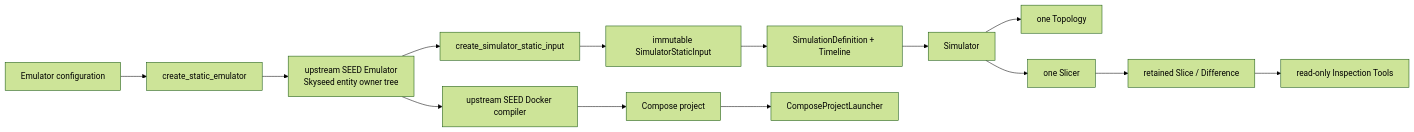
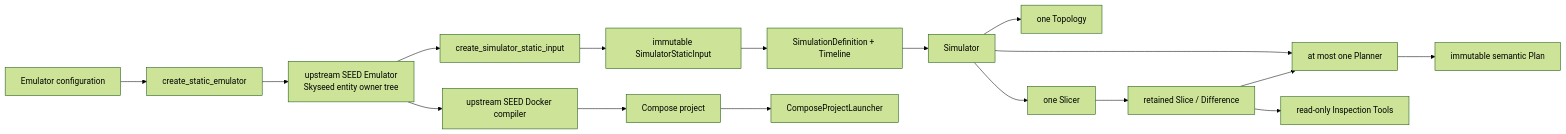
Before and after one commit to seed-labs/skyseed: the diagram in skyseed_v2/docs/human-readable/system-overview.md, drawn with Mermaid (forest theme). The commit also changed 64 other files, not shown here.

````diff
--- a/skyseed_v2/docs/human-readable/system-overview.md
+++ b/skyseed_v2/docs/human-readable/system-overview.md
@@ -6,17 +6,20 @@
 ```mermaid
 flowchart LR
     CFG["Emulator configuration"] --> CON["create_static_emulator"]
     CON --> EMU["upstream SEED Emulator<br/>Skyseed entity owner tree"]
     EMU --> BOUND["create_simulator_static_input"]
     BOUND --> DTO["immutable SimulatorStaticInput"]
     DTO --> DEF["SimulationDefinition + Timeline"]
     DEF --> SIM["Simulator"]
     SIM --> TOP["one Topology"]
     SIM --> SLI["one Slicer"]
     SLI --> RES["retained Slice / Difference"]
+    SIM --> PLA["at most one Planner"]
+    RES --> PLA
+    PLA --> PLAN["immutable semantic Plan"]
     RES --> TOOL["read-only Inspection Tools"]
 
     EMU --> COMP["upstream SEED Docker compiler"]
     COMP --> PROJECT["Compose project"]
     PROJECT --> LAUNCH["ComposeProjectLauncher"]
 ```
````
